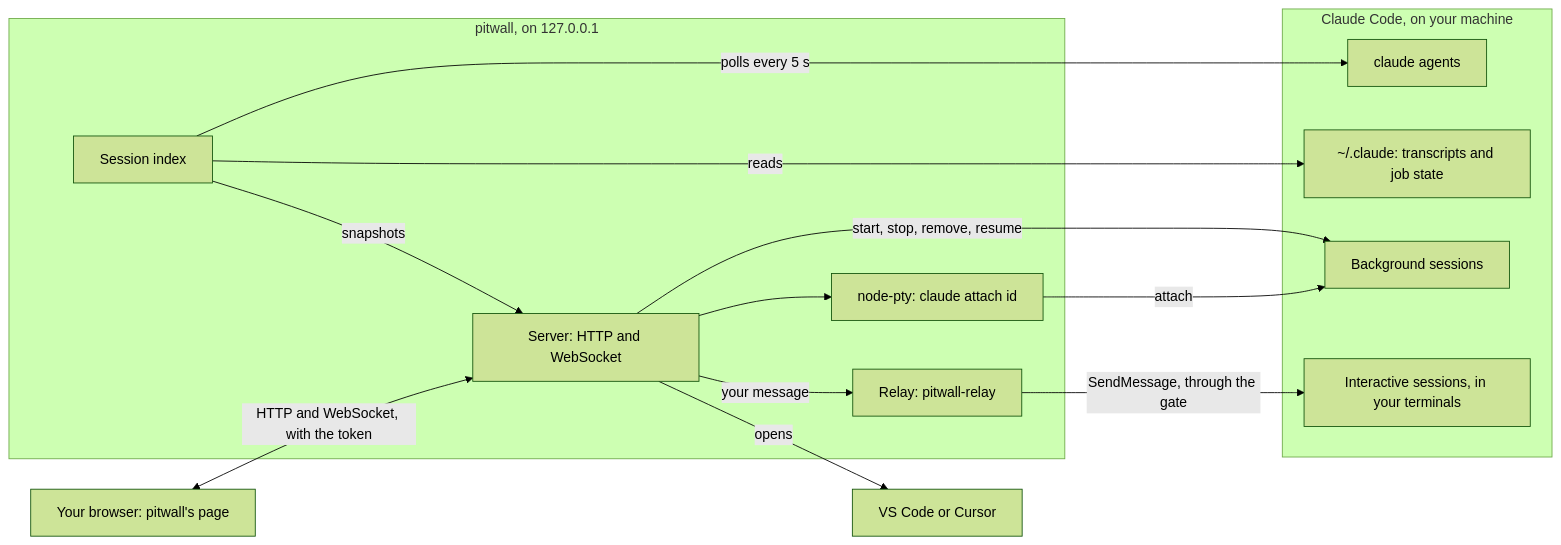
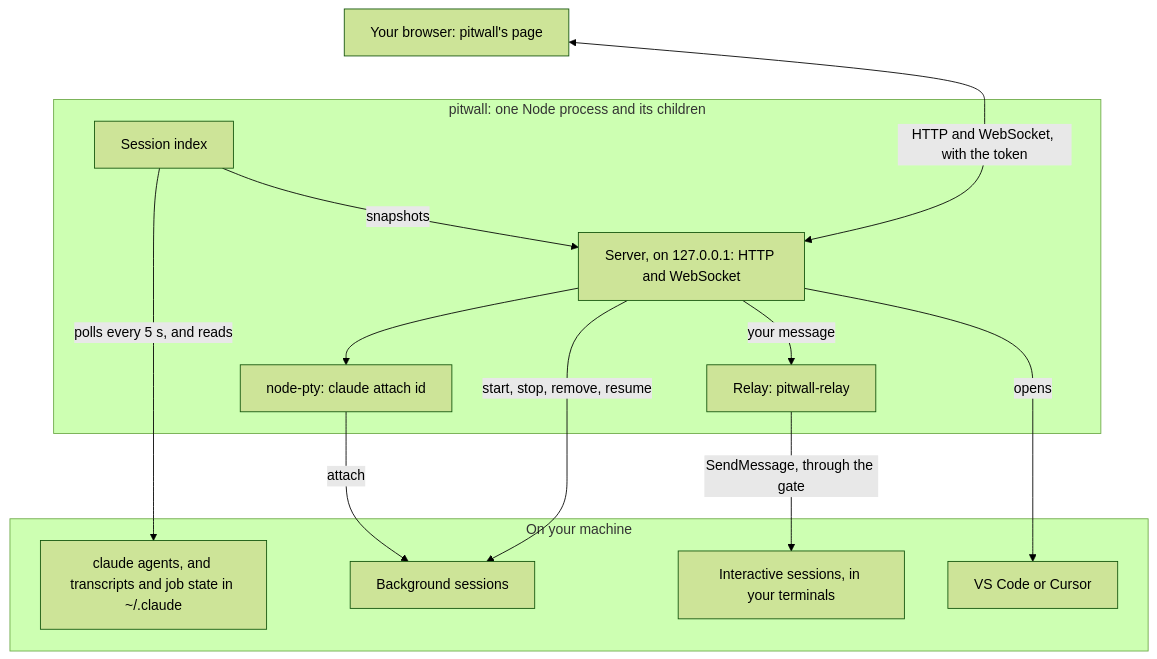
Before and after one commit to leggetter/pitwall: the first of 2 diagrams in README.md, drawn with Mermaid (forest theme). The commit also changed other lines of this file and 1 other file, not shown here.

````diff
--- a/README.md
+++ b/README.md
@@ -93,31 +122,29 @@
 ```mermaid
-flowchart LR
+flowchart TB
   page["Your browser: pitwall's page"]
 
-  subgraph pitwall["pitwall, on 127.0.0.1"]
-    server["Server: HTTP and WebSocket"]
+  subgraph pitwall["pitwall: one Node process and its children"]
     index["Session index"]
+    server["Server, on 127.0.0.1: HTTP and WebSocket"]
     pty["node-pty: claude attach id"]
     relay["Relay: pitwall-relay"]
   end
 
-  subgraph claude["Claude Code, on your machine"]
-    agents["claude agents"]
-    files["~/.claude: transcripts and job state"]
+  subgraph machine["On your machine"]
+    state["claude agents, and transcripts and job state in ~/.claude"]
     bg["Background sessions"]
     interactive["Interactive sessions, in your terminals"]
+    editor["VS Code or Cursor"]
   end
 
-  editor["VS Code or Cursor"]
-
+  page ~~~ index
   page <-->|"HTTP and WebSocket, with the token"| server
-  index -->|"polls every 5 s"| agents
-  index -->|reads| files
   index -->|snapshots| server
+  index -->|"polls every 5 s, and reads"| state
   server -->|"start, stop, remove, resume"| bg
   server --> pty
   pty -->|attach| bg
   server -->|"your message"| relay
   relay -->|"SendMessage, through the gate"| interactive
   server -->|opens| editor
 ```
````
